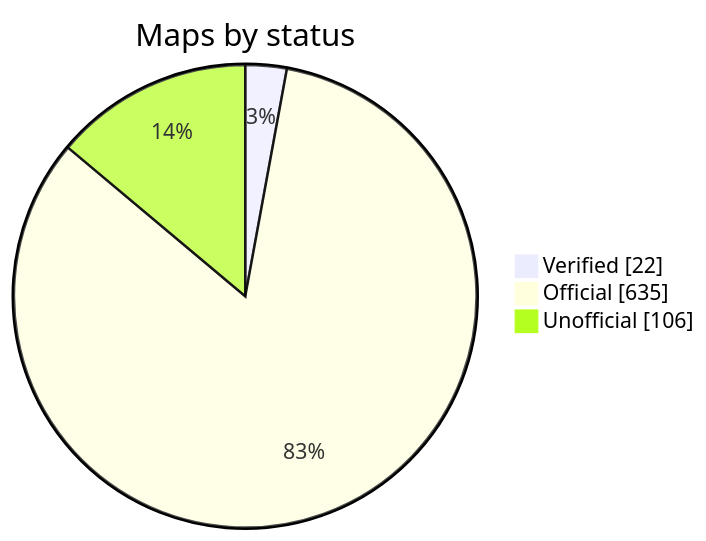
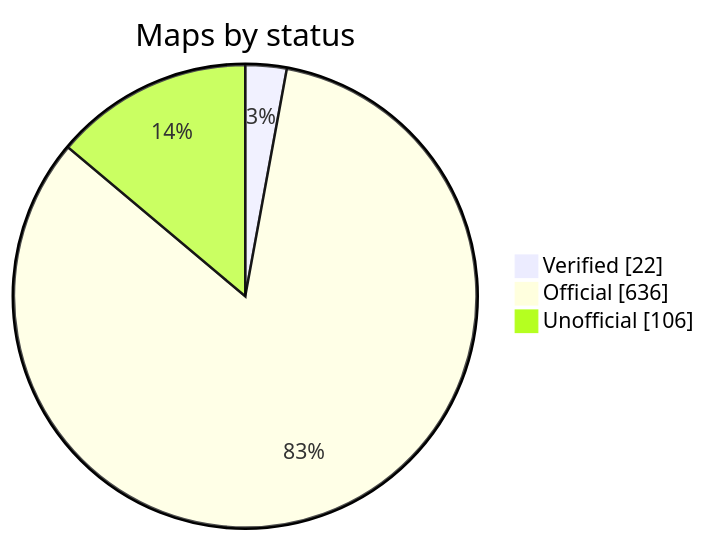
Before and after one commit to nobrega8/mbmap-library: the diagram in README.md, drawn with Mermaid. The commit also changed 6 other files, not shown here.

````diff
--- a/README.md
+++ b/README.md
@@ -52,7 +52,7 @@
 ```mermaid
 pie showData
     title Maps by status
     "Verified" : 22
-    "Official" : 635
+    "Official" : 636
     "Unofficial" : 106
 ```
````
